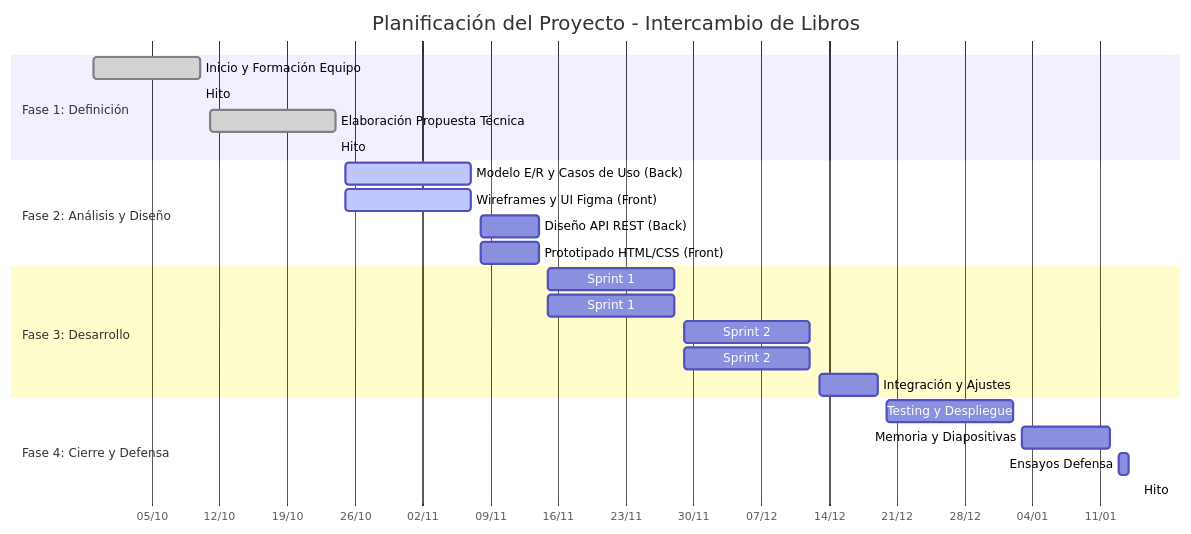
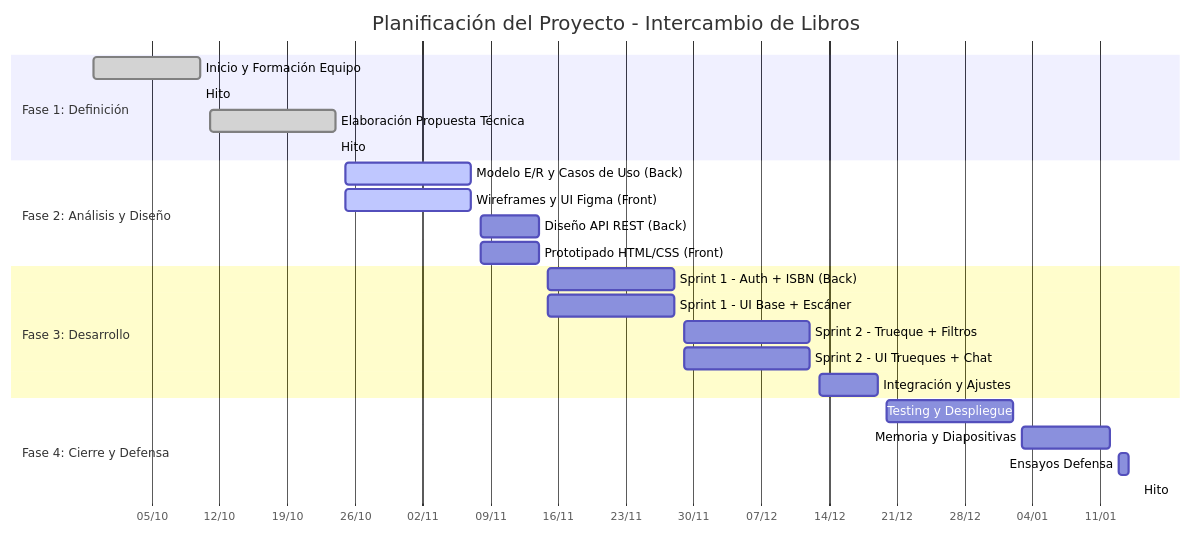
Before and after one commit to librolibre/librolibre: the diagram in README.md, drawn with Mermaid.

Commit message:
Segunda version del gantt

````diff
--- a/README.md
+++ b/README.md
@@ -13,31 +13,31 @@
 ```mermaid
 gantt
     title Planificación del Proyecto - Intercambio de Libros
     dateFormat  YYYY-MM-DD
     axisFormat %d/%m
     
     section Fase 1: Definición
     Inicio y Formación Equipo     :done, 2025-09-29, 2025-10-10
     Hito: Presentación Idea        :milestone, 2025-10-10, 0d
     Elaboración Propuesta Técnica  :done, 2025-10-11, 2025-10-24
     Hito: Entrega Propuesta        :milestone, 2025-10-24, 0d
 
     section Fase 2: Análisis y Diseño
     Modelo E/R y Casos de Uso (Back) :active, 2025-10-25, 2025-11-07
     Wireframes y UI Figma (Front)   :active, 2025-10-25, 2025-11-07
     Diseño API REST (Back)          :2025-11-08, 2025-11-14
     Prototipado HTML/CSS (Front)    :2025-11-08, 2025-11-14
 
     section Fase 3: Desarrollo
-    Sprint 1: Auth + ISBN (Back)   :2025-11-15, 2025-11-28
-    Sprint 1: UI Base + Escáner    :2025-11-15, 2025-11-28
-    Sprint 2: Trueque + Filtros    :2025-11-29, 2025-12-12
-    Sprint 2: UI Trueques + Chat   :2025-11-29, 2025-12-12
+    Sprint 1 - Auth + ISBN (Back)   :2025-11-15, 2025-11-28
+    Sprint 1 - UI Base + Escáner    :2025-11-15, 2025-11-28
+    Sprint 2 - Trueque + Filtros    :2025-11-29, 2025-12-12
+    Sprint 2 - UI Trueques + Chat   :2025-11-29, 2025-12-12
     Integración y Ajustes          :2025-12-13, 2025-12-19
 
     section Fase 4: Cierre y Defensa
     Testing y Despliegue           :2025-12-20, 2026-01-02
     Memoria y Diapositivas         :2026-01-03, 2026-01-12
     Ensayos Defensa                :2026-01-13, 2026-01-14
     Hito: Defensa Oral             :milestone, 2026-01-15, 0d
 ```
````
